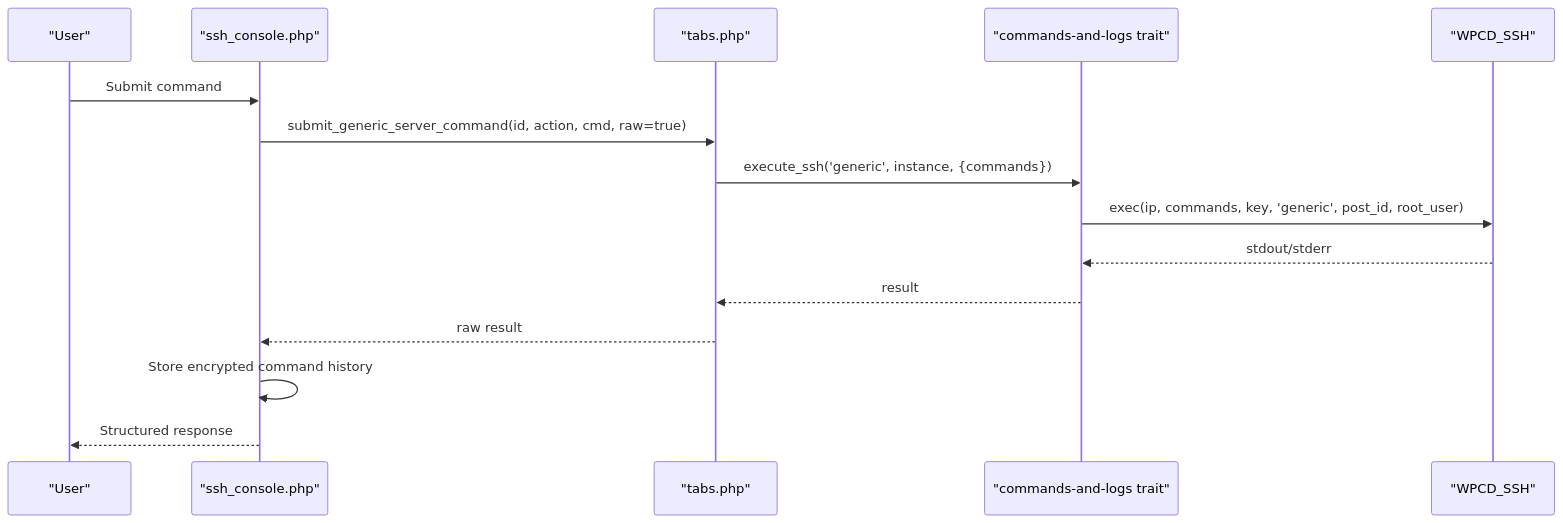
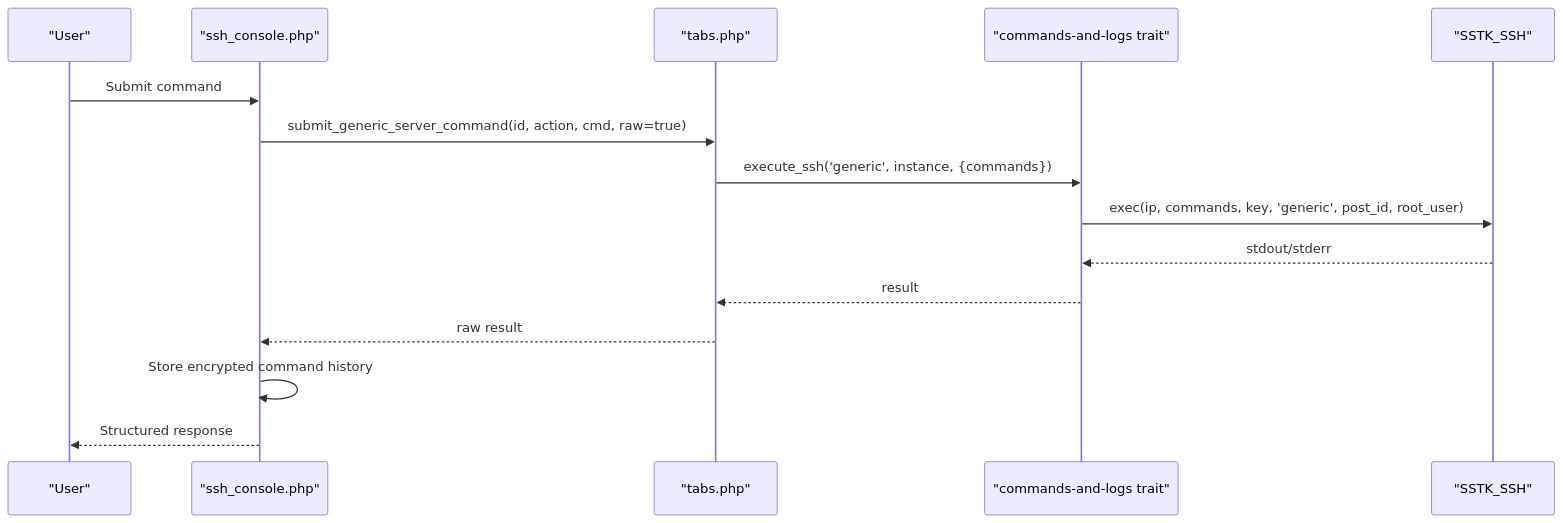
Before and after one commit to onedogsolutions/simple-stack: the eighth of 9 diagrams in .qoder/repowiki/en/content/WordPress Application Engine/Script Execution Engine.md, drawn with Mermaid. The commit also changed other lines of this file and 5941 other files, not shown here.

````diff
--- a/.qoder/repowiki/en/content/WordPress Application Engine/Script Execution Engine.md
+++ b/.qoder/repowiki/en/content/WordPress Application Engine/Script Execution Engine.md
@@ -303,17 +303,17 @@
 ```mermaid
 sequenceDiagram
 participant User as "User"
 participant Console as "ssh_console.php"
 participant Tabs as "tabs.php"
 participant CmdTrait as "commands-and-logs trait"
-participant SSH as "WPCD_SSH"
+participant SSH as "SSTK_SSH"
 User->>Console : Submit command
 Console->>Tabs : submit_generic_server_command(id, action, cmd, raw=true)
 Tabs->>CmdTrait : execute_ssh('generic', instance, {commands})
 CmdTrait->>SSH : exec(ip, commands, key, 'generic', post_id, root_user)
 SSH-->>CmdTrait : stdout/stderr
 CmdTrait-->>Tabs : result
 Tabs-->>Console : raw result
 Console->>Console : Store encrypted command history
 Console-->>User : Structured response
 ```
````
